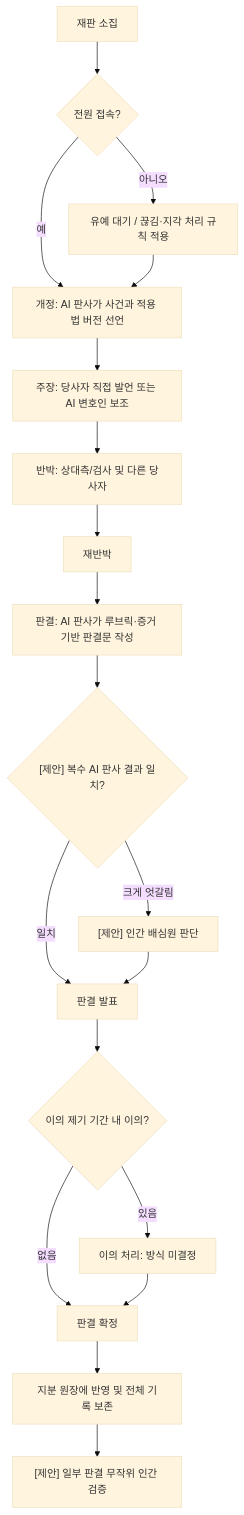
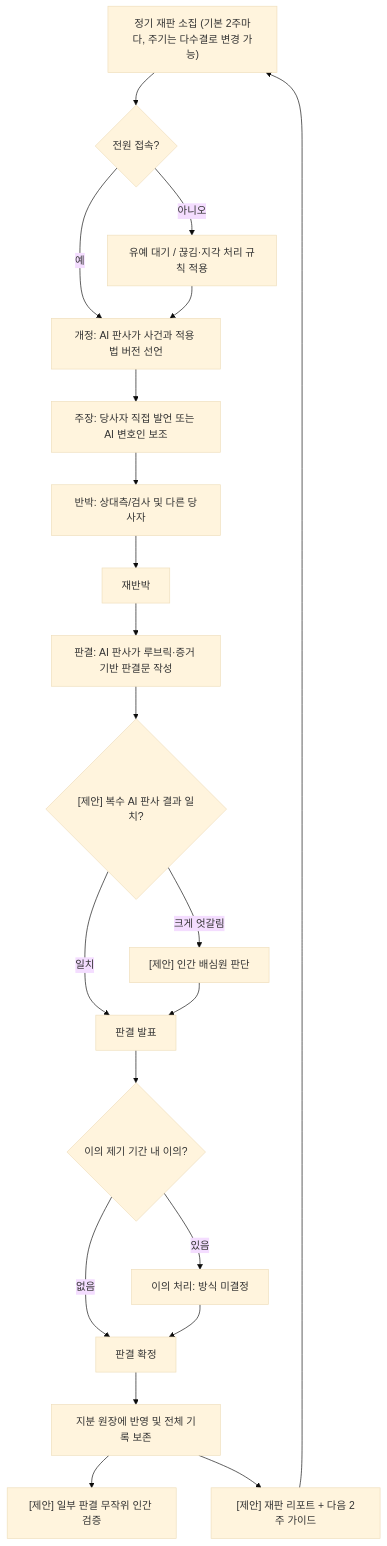
Before and after one commit to garunnir/pie-court: the diagram in docs/DESIGN.md, drawn with Mermaid (base theme). The commit also changed other lines of this file and 1 other file, not shown here.

````diff
--- a/docs/DESIGN.md
+++ b/docs/DESIGN.md
@@ -147,21 +163,23 @@
 ```mermaid
 flowchart TD
-    A[재판 소집] --> B{전원 접속?}
+    A["정기 재판 소집 (기본 2주마다, 주기는 다수결로 변경 가능)"] --> B{전원 접속?}
     B -- 예 --> C[개정: AI 판사가 사건과 적용 법 버전 선언]
     B -- 아니오 --> B1[유예 대기 / 끊김·지각 처리 규칙 적용]
     B1 --> C
     C --> D[주장: 당사자 직접 발언 또는 AI 변호인 보조]
     D --> E[반박: 상대측/검사 및 다른 당사자]
     E --> F[재반박]
     F --> G[판결: AI 판사가 루브릭·증거 기반 판결문 작성]
     G --> G1{"[제안] 복수 AI 판사 결과 일치?"}
     G1 -- 일치 --> H[판결 발표]
     G1 -- 크게 엇갈림 --> J["[제안] 인간 배심원 판단"]
     J --> H
     H --> I{이의 제기 기간 내 이의?}
     I -- 없음 --> K[판결 확정]
     I -- 있음 --> L[이의 처리: 방식 미결정]
     L --> K
     K --> M[지분 원장에 반영 및 전체 기록 보존]
     M --> N["[제안] 일부 판결 무작위 인간 검증"]
+    M --> O["[제안] 재판 리포트 + 다음 2주 가이드"]
+    O --> A
 ```
````
